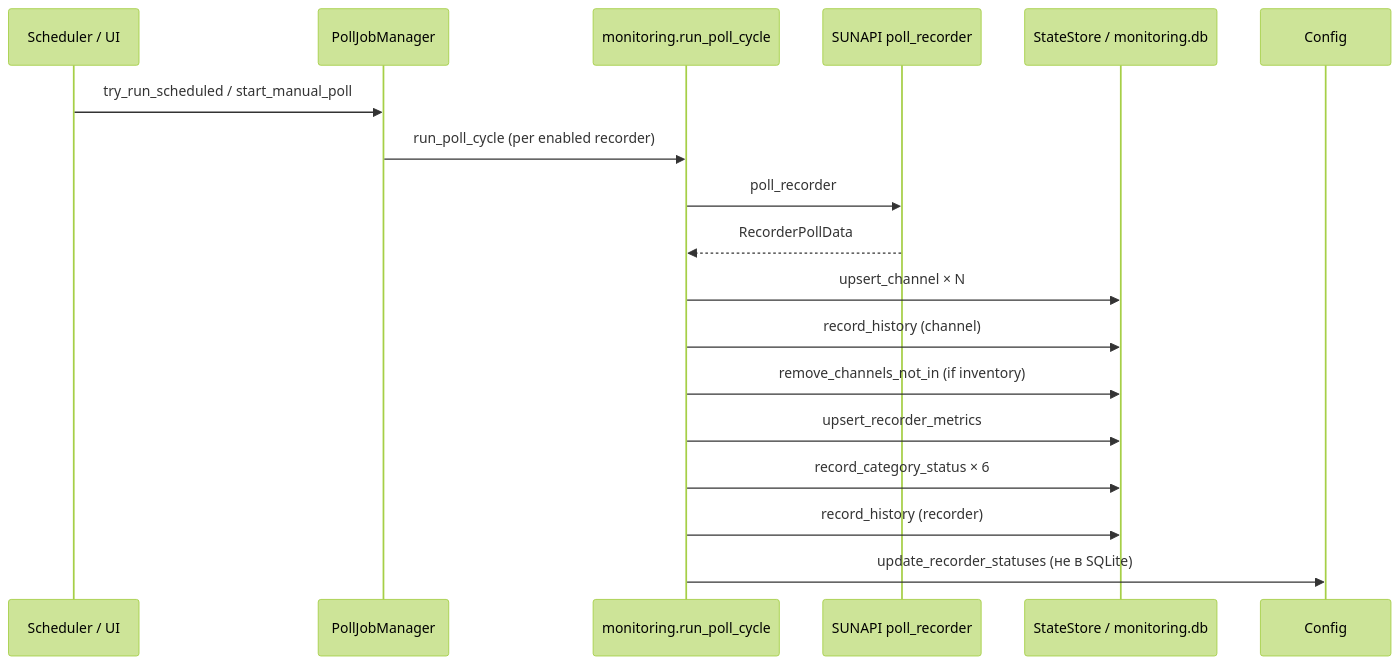
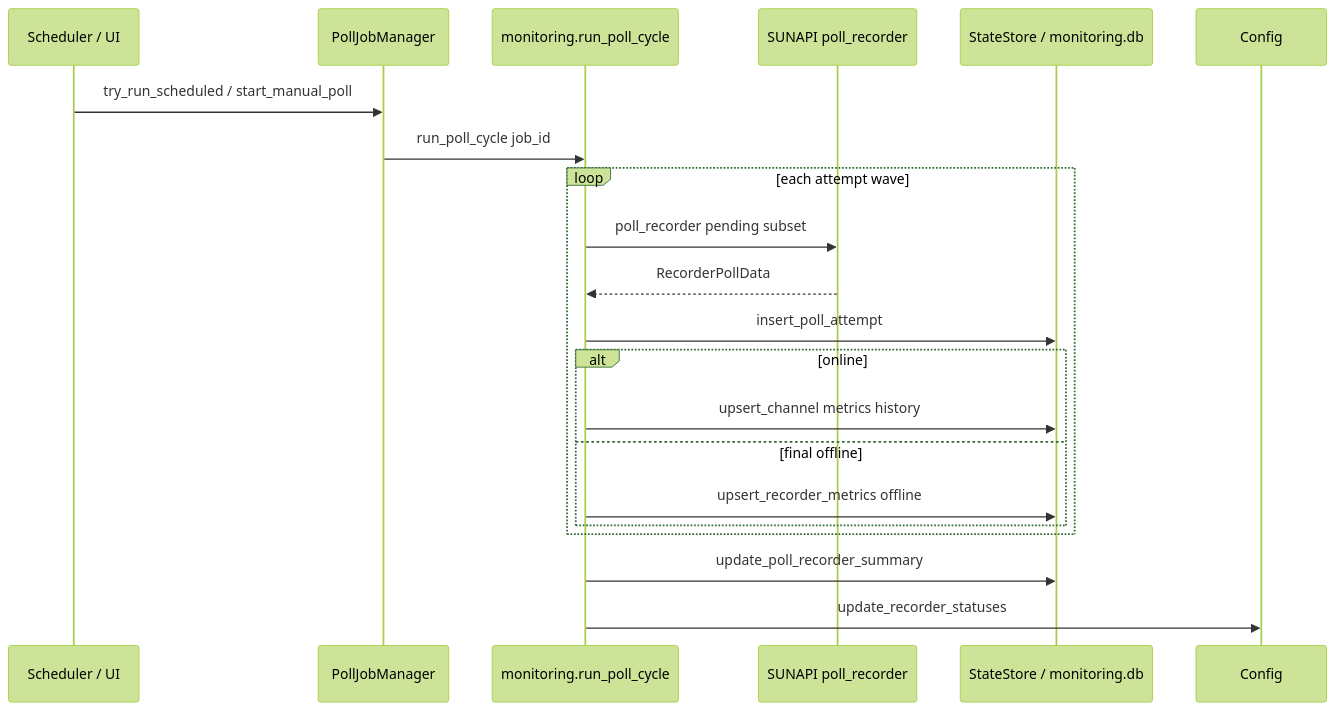
The second of 2 diagrams in ai-docs/monitoring-db.md (Yarik795/WisenetDiagnostic), drawn with Mermaid (forest theme) before and after one commit. The commit also changed other lines of this file and 16 other files, not shown here.

````diff
--- a/ai-docs/monitoring-db.md
+++ b/ai-docs/monitoring-db.md
@@ -483,20 +527,23 @@
 ```mermaid
 sequenceDiagram
     participant S as Scheduler / UI
     participant PJ as PollJobManager
     participant M as monitoring.run_poll_cycle
     participant API as SUNAPI poll_recorder
     participant DB as StateStore / monitoring.db
 
     S->>PJ: try_run_scheduled / start_manual_poll
-    PJ->>M: run_poll_cycle (per enabled recorder)
-    M->>API: poll_recorder
-    API-->>M: RecorderPollData
-    M->>DB: upsert_channel × N
-    M->>DB: record_history (channel)
-    M->>DB: remove_channels_not_in (if inventory)
-    M->>DB: upsert_recorder_metrics
-    M->>DB: record_category_status × 6
-    M->>DB: record_history (recorder)
-    M->>Config: update_recorder_statuses (не в SQLite)
+    PJ->>M: run_poll_cycle job_id
+    loop each attempt wave
+        M->>API: poll_recorder pending subset
+        API-->>M: RecorderPollData
+        M->>DB: insert_poll_attempt
+        alt online
+            M->>DB: upsert_channel metrics history
+        else final offline
+            M->>DB: upsert_recorder_metrics offline
+        end
+    end
+    M->>DB: update_poll_recorder_summary
+    M->>Config: update_recorder_statuses
 ```
````
